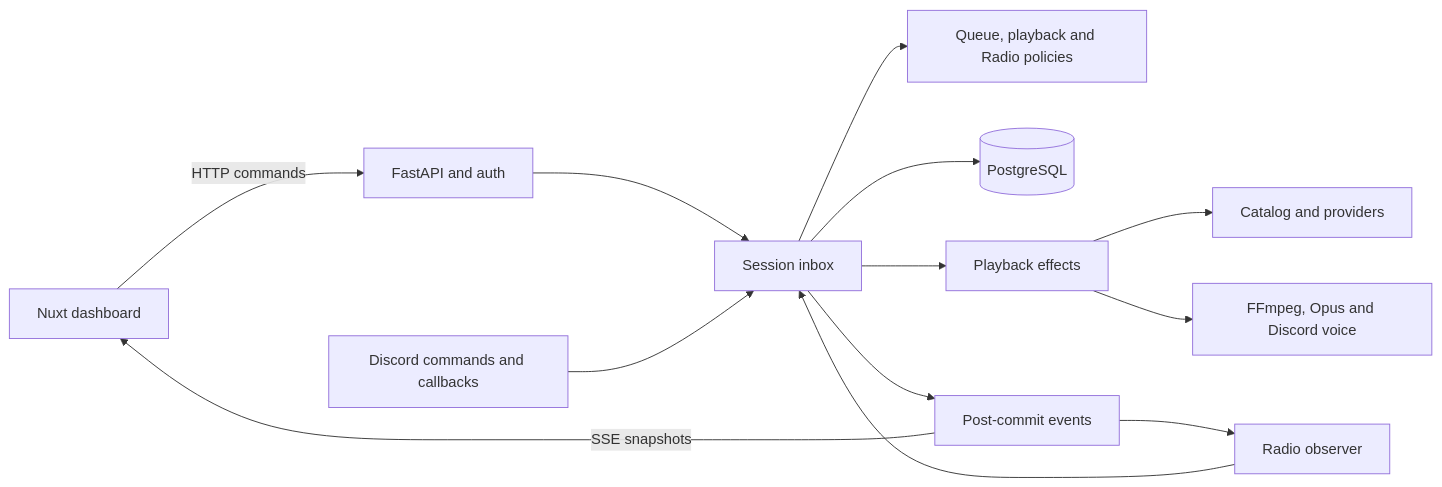
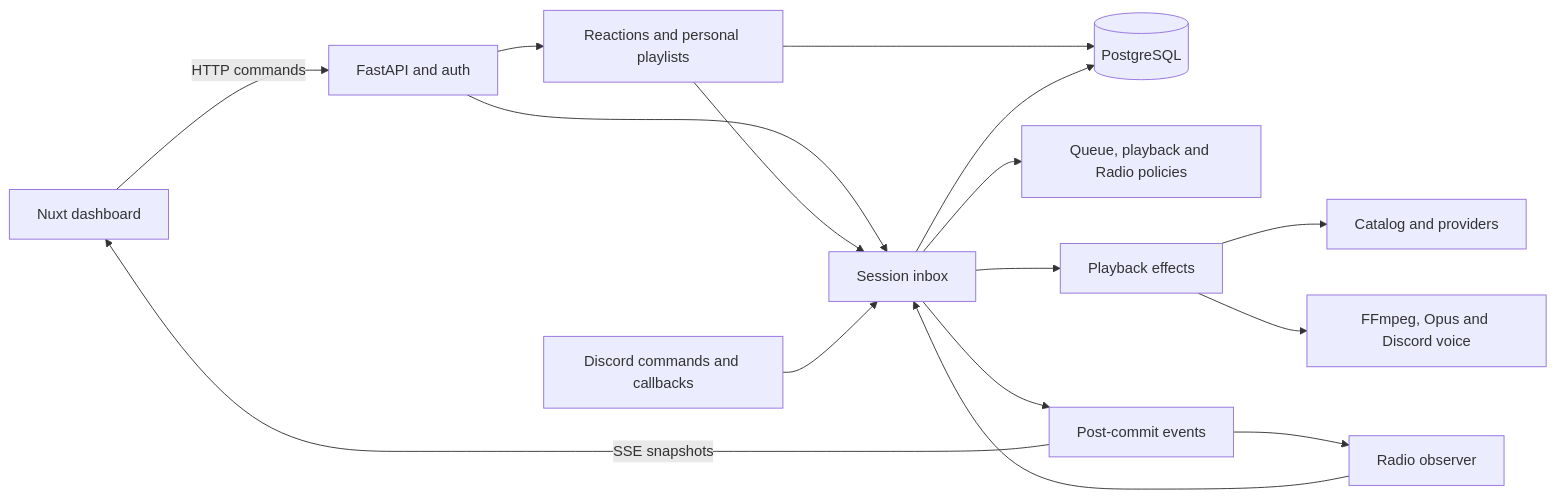
Before and after one commit to SmolBlackHole/NaHoerMaar: the first of 2 diagrams in docs/architecture.md, drawn with Mermaid. The commit also changed other lines of this file and 9 other files, not shown here.

````diff
--- a/docs/architecture.md
+++ b/docs/architecture.md
@@ -24,15 +24,18 @@
 ```mermaid
 flowchart LR
     Browser[Nuxt dashboard] -->|HTTP commands| API[FastAPI and auth]
     API --> Session[Session inbox]
+    API --> Library[Reactions and personal playlists]
+    Library --> Session
+    Library --> DB[(PostgreSQL)]
     Discord[Discord commands and callbacks] --> Session
     Session --> Domain[Queue, playback and Radio policies]
-    Session --> DB[(PostgreSQL)]
+    Session --> DB
     Session --> Effects[Playback effects]
     Effects --> Catalog[Catalog and providers]
     Effects --> Voice[FFmpeg, Opus and Discord voice]
     Session --> Events[Post-commit events]
     Events -->|SSE snapshots| Browser
     Events --> Radio[Radio observer]
     Radio --> Session
 ```
````
